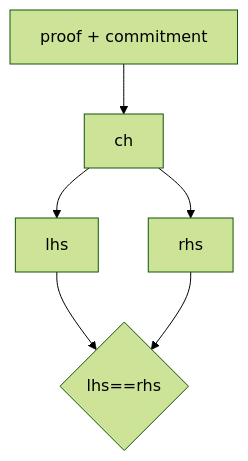
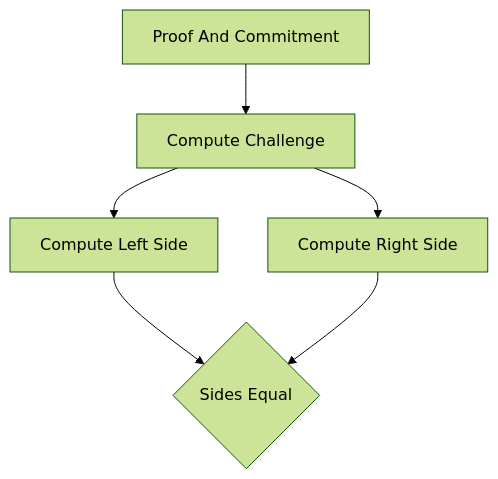
Before and after one commit to smshagor-dev/Next-Gen-Blockchain-for-Vehicle-Security: the ninth of 33 diagrams in readme.md, drawn with Mermaid (forest theme). The commit also changed other lines of this file and 5 other files, not shown here.

````diff
--- a/readme.md
+++ b/readme.md
@@ -480,8 +482,8 @@
 ```mermaid
 flowchart TD
-    A[proof + commitment] --> B[ch]
-    B --> C[lhs]
-    B --> D[rhs]
-    C --> E{lhs==rhs}
+    A[Proof And Commitment] --> B[Compute Challenge]
+    B --> C[Compute Left Side]
+    B --> D[Compute Right Side]
+    C --> E{Sides Equal}
     D --> E
 ```
````
